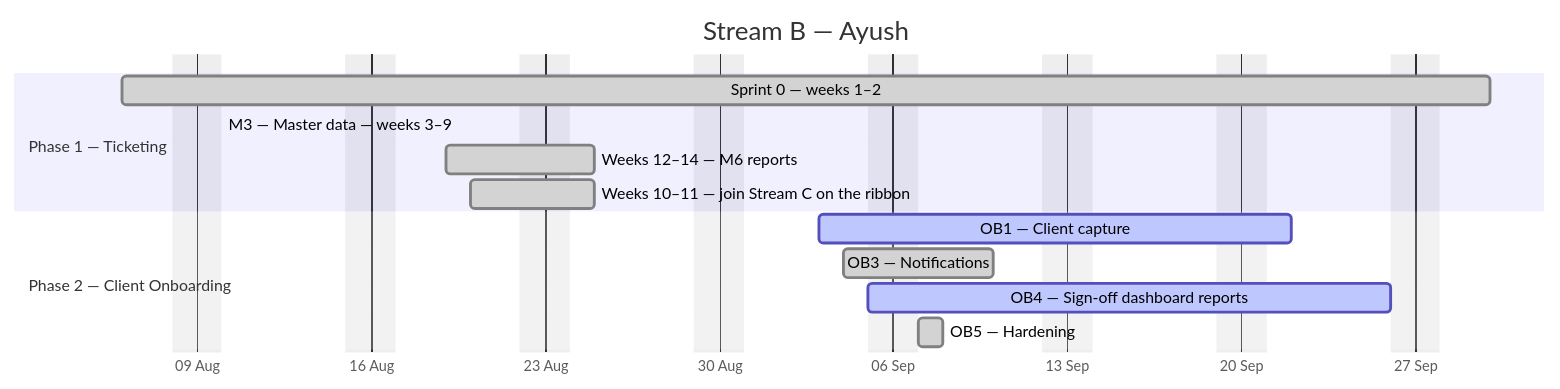
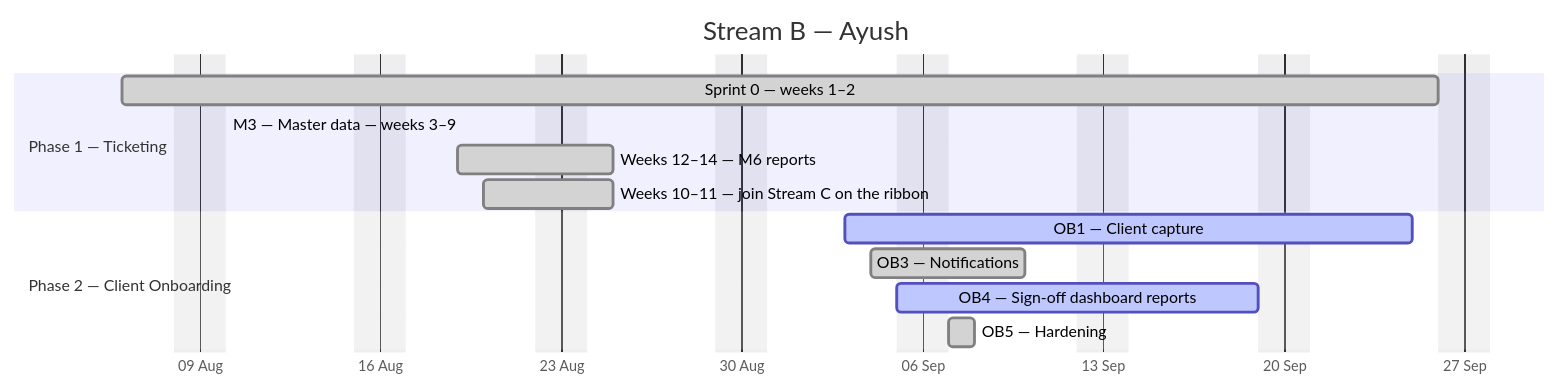
Before and after one commit to debashisedunext/EduTrack: the second of 4 diagrams in docs/plan/GANTT.md, drawn with Mermaid. The commit also changed other lines of this file and 3 other files, not shown here.

````diff
--- a/docs/plan/GANTT.md
+++ b/docs/plan/GANTT.md
@@ -143,17 +143,17 @@
 ```mermaid
 gantt
     dateFormat YYYY-MM-DD
     axisFormat %d %b
     title Stream B — Ayush
     excludes weekends
     section Phase 1 — Ticketing
-    Sprint 0 — weeks 1–2 :done, b0, 2026-08-06, 39d
-    M3 — Master data — weeks 3–9 :done, b1, 2026-08-10, -26d
+    Sprint 0 — weeks 1–2 :done, b0, 2026-08-06, 37d
+    M3 — Master data — weeks 3–9 :done, b1, 2026-08-10, -24d
     Weeks 12–14 — M6 reports :done, b2, 2026-08-19, 4d
     Weeks 10–11 — join Stream C on the ribbon :done, b3, 2026-08-20, 3d
     section Phase 2 — Client Onboarding
-    OB1 — Client capture :active, b4, 2026-09-03, 13d
+    OB1 — Client capture :active, b4, 2026-09-03, 16d
     OB3 — Notifications :done, b5, 2026-09-04, 4d
-    OB4 — Sign-off  dashboard  reports :active, b6, 2026-09-05, 16d
+    OB4 — Sign-off  dashboard  reports :active, b6, 2026-09-05, 11d
     OB5 — Hardening :done, b7, 2026-09-07, 1d
 ```
````
